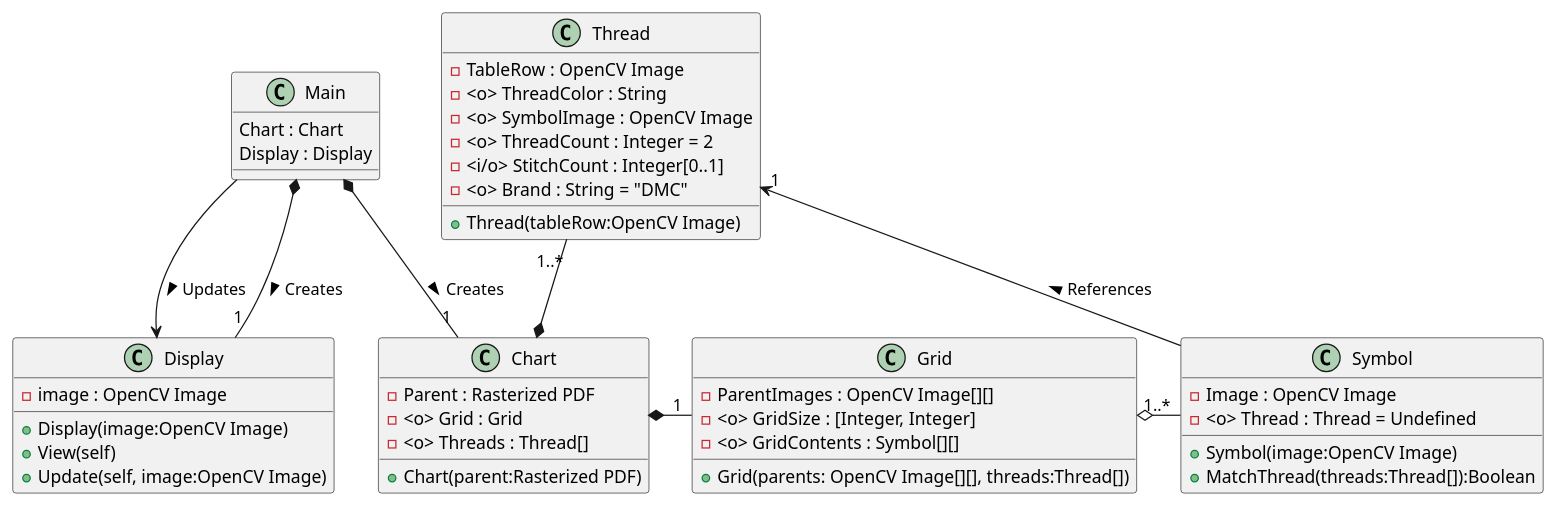
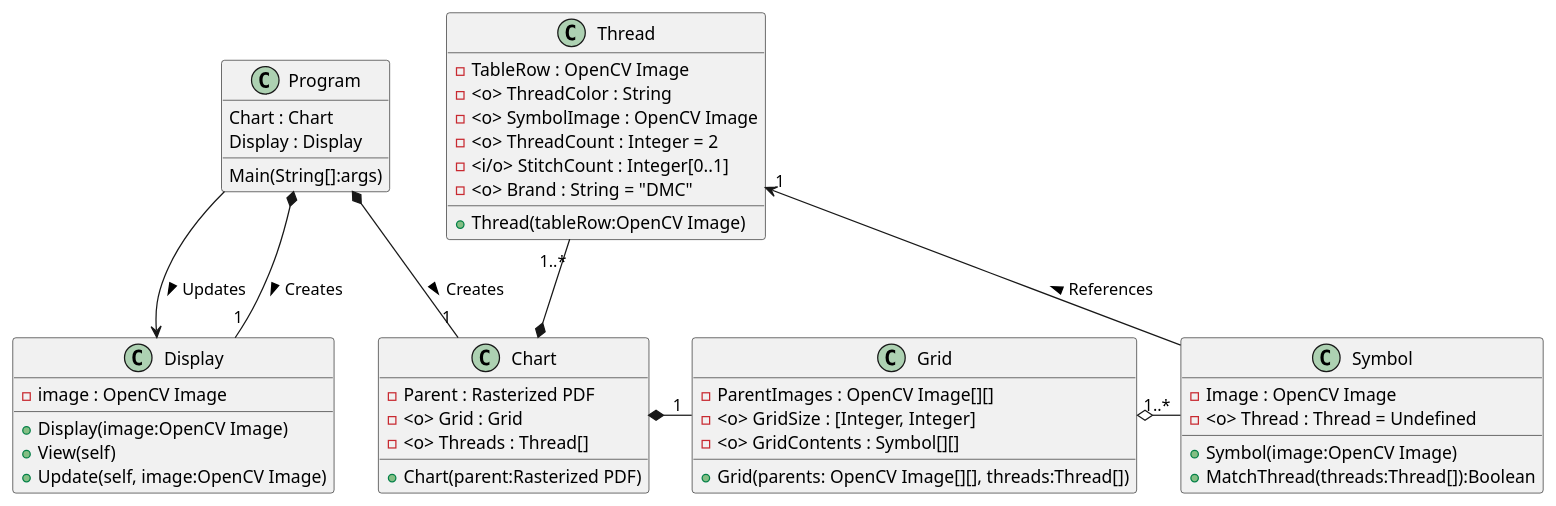
One commit to Badwolf369/PatternSeer changed the diagram in PDF to OXS Converter/doc/classes.md. Above: the diagram before and after it, drawn with PlantUML.

Commit message:
Update class diagram to comply with C# conventions

```diff
--- a/PDF to OXS Converter/doc/classes.md
+++ b/PDF to OXS Converter/doc/classes.md
@@ -1,49 +1,50 @@
 @startuml
-class Main {
+class Program {
     Chart : Chart
     Display : Display
+    Main(String[]:args)
 }
 
 class Display {
     -image : OpenCV Image
     +Display(image:OpenCV Image)
     +View(self)
     +Update(self, image:OpenCV Image)
 }
-Display "1" -u-* Main : < Creates
-Display <-u- Main : < Updates
+Display "1" -u-* Program : < Creates
+Display <-u- Program : < Updates
 
 class Chart {
     -Parent : Rasterized PDF
     -<o> Grid : Grid
     -<o> Threads : Thread[]
     +Chart(parent:Rasterized PDF)
 }
 class Grid {
     -ParentImages : OpenCV Image[][]
     -<o> GridSize : [Integer, Integer]
     -<o> GridContents : Symbol[][]
     +Grid(parents: OpenCV Image[][], threads:Thread[])
 }
 class Symbol {
     -Image : OpenCV Image
     -<o> Thread : Thread = Undefined
     +Symbol(image:OpenCV Image)
     +MatchThread(threads:Thread[]):Boolean
 }
 class Thread {
     -TableRow : OpenCV Image
     -<o> ThreadColor : String
     -<o> SymbolImage : OpenCV Image
     -<o> ThreadCount : Integer = 2
     -<i/o> StitchCount : Integer[0..1]
     -<o> Brand : String = "DMC"
     +Thread(tableRow:OpenCV Image)
 }
 
-Chart "1" -u-* Main : < Creates
+Chart "1" -u-* Program : < Creates
 Thread "1..*" -d-* Chart
 Thread "1" <-d- Symbol: < References
 Symbol "1..*" -l-o Grid
 Grid "1" -l-* Chart
 @enduml
```
